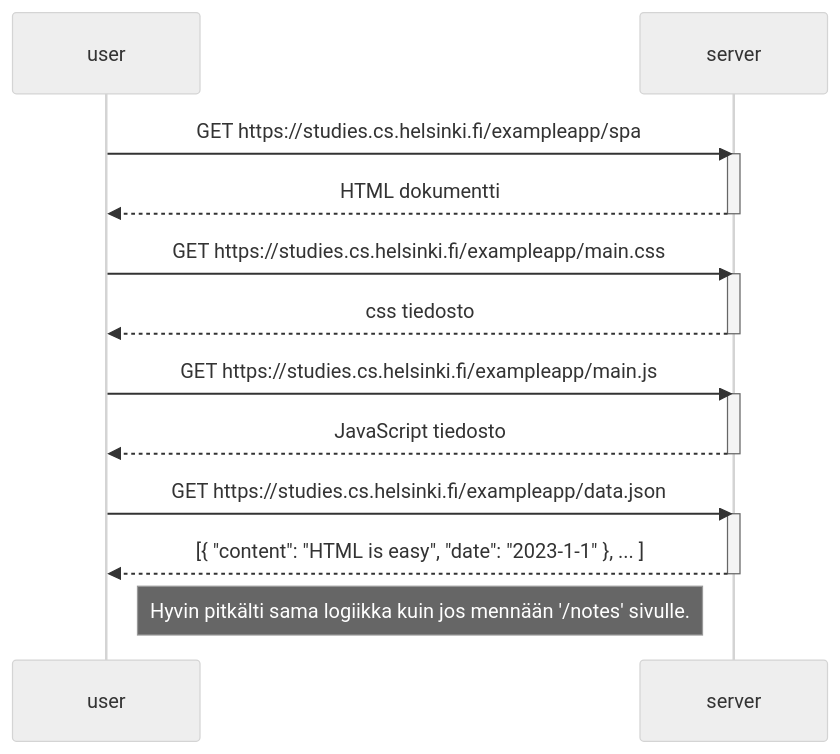
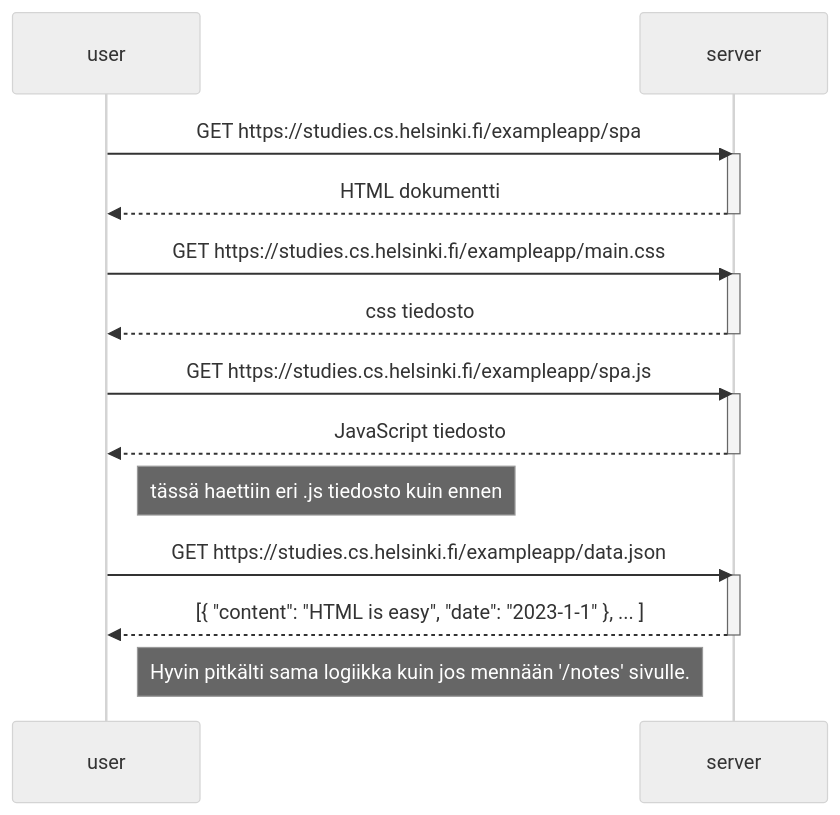
One commit to jhkorte/fullstack-open changed the diagram in osa0/0.5.md. Above: the diagram before and after it, drawn with Mermaid (neutral theme).

Commit message:
0.5 jatkuu

````diff
--- a/osa0/0.5.md
+++ b/osa0/0.5.md
@@ -3,27 +3,29 @@
 ```mermaid
 sequenceDiagram
     participant user
     participant server
     
     user->>server: GET https://studies.cs.helsinki.fi/exampleapp/spa
     activate server
     server-->>user: HTML dokumentti
     deactivate server
     
     user->>server: GET https://studies.cs.helsinki.fi/exampleapp/main.css
     activate server
     server-->>user: css tiedosto
     deactivate server
     
-    user->>server: GET https://studies.cs.helsinki.fi/exampleapp/main.js
+    user->>server: GET https://studies.cs.helsinki.fi/exampleapp/spa.js
     activate server
     server-->>user: JavaScript tiedosto
     deactivate server
+
+    Note right of user: tässä haettiin eri .js tiedosto kuin ennen
     
     user->>server: GET https://studies.cs.helsinki.fi/exampleapp/data.json
     activate server
     server-->>user: [{ "content": "HTML is easy", "date": "2023-1-1" }, ... ]
     deactivate server  
 
     Note right of user: Hyvin pitkälti sama logiikka kuin jos mennään '/notes' sivulle.  
 ```
````
